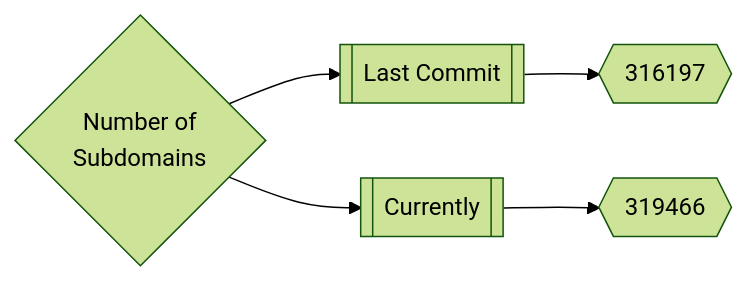
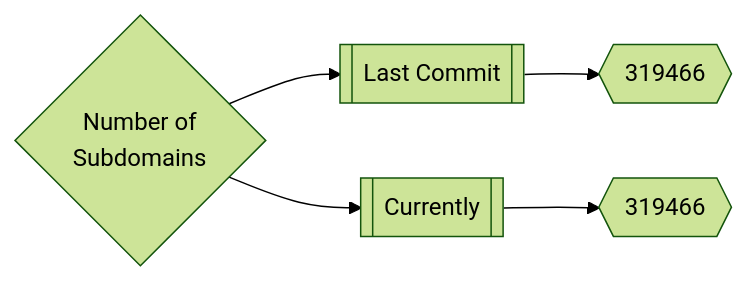
The first of 3 diagrams in README.md (trickest/inventory), drawn with Mermaid (forest theme) before and after one commit.

Commit message:
Update README.md Fri May 27 14:24:03 UTC 2022

````diff
--- a/README.md
+++ b/README.md
@@ -165,5 +165,5 @@
 ```mermaid
 graph LR
-title{Number of<br>Subdomains} --> subdomainsDate1[[Last Commit]] --> subdomainsNum1{{316197}}
+title{Number of<br>Subdomains} --> subdomainsDate1[[Last Commit]] --> subdomainsNum1{{319466}}
 title --> subdomainsDate2[[Currently]] --> subdomainsNum2{{319466}}
 ```
````
